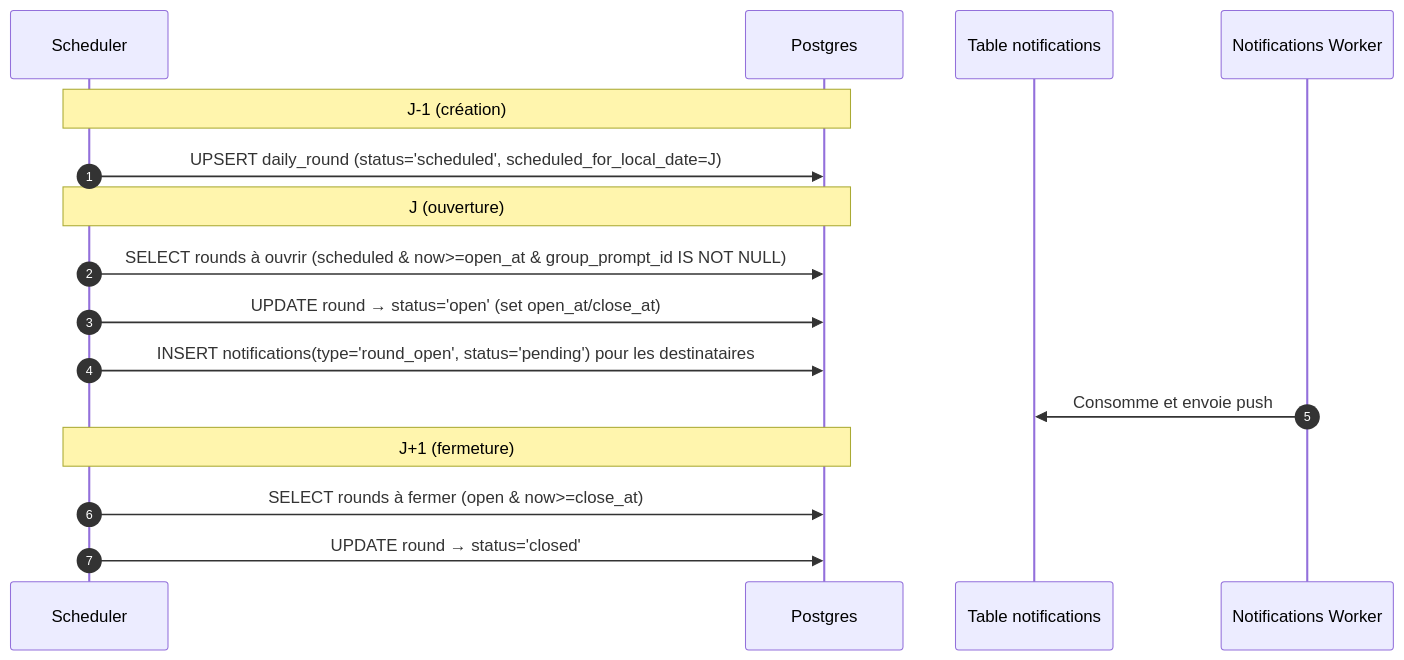
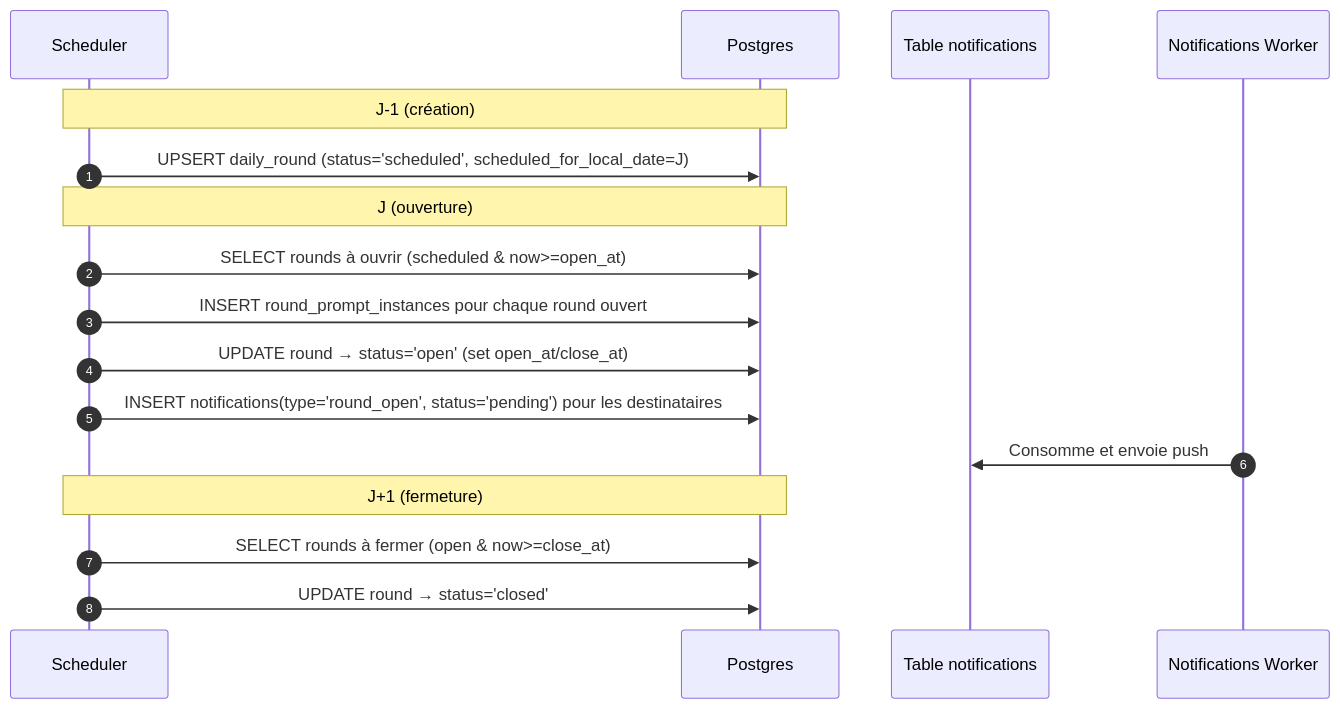
One commit to Adrien490/jimboa changed the second of 2 diagrams in docs/workflows.md. Above: the diagram before and after it, drawn with Mermaid. The commit also changed other lines of this file and 5 other files, not shown here.

````diff
--- a/docs/workflows.md
+++ b/docs/workflows.md
@@ -88,19 +91,20 @@
 ```mermaid
 sequenceDiagram
   autonumber
   participant Cron as Scheduler
   participant DB as Postgres
   participant NQ as Table notifications
   participant NW as Notifications Worker
 
   Note over Cron,DB: J‑1 (création)
   Cron->>DB: UPSERT daily_round (status='scheduled', scheduled_for_local_date=J)
   Note over Cron,DB: J (ouverture)
-  Cron->>DB: SELECT rounds à ouvrir (scheduled & now>=open_at & group_prompt_id IS NOT NULL)
+  Cron->>DB: SELECT rounds à ouvrir (scheduled & now>=open_at)
+  Cron->>DB: INSERT round_prompt_instances pour chaque round ouvert
   Cron->>DB: UPDATE round → status='open' (set open_at/close_at)
   Cron->>DB: INSERT notifications(type='round_open', status='pending') pour les destinataires
   NW->>NQ: Consomme et envoie push
   Note over Cron,DB: J+1 (fermeture)
   Cron->>DB: SELECT rounds à fermer (open & now>=close_at)
   Cron->>DB: UPDATE round → status='closed'
 ```
````
